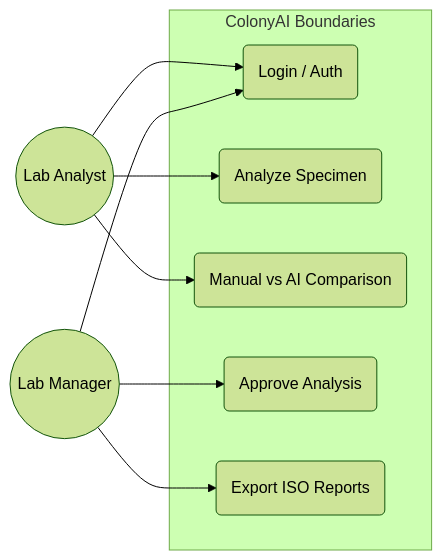
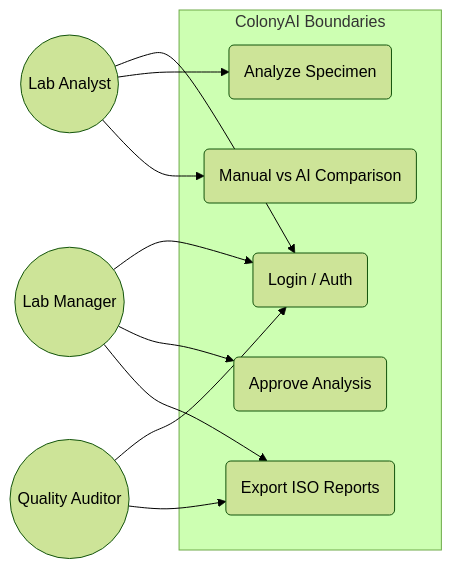
One commit to wi5nuu/colonyai changed the fourth of 8 diagrams in project-management/08-uml-architecture.md. Above: the diagram before and after it, drawn with Mermaid (forest theme). The commit also changed other lines of this file and 92 other files, not shown here.

````diff
--- a/project-management/08-uml-architecture.md
+++ b/project-management/08-uml-architecture.md
@@ -95,18 +96,21 @@
 ```mermaid
 graph LR
     subgraph "ColonyAI Boundaries"
         UC1(Login / Auth)
         UC2(Analyze Specimen)
         UC3(Manual vs AI Comparison)
         UC4(Approve Analysis)
         UC5(Export ISO Reports)
     end
 
     A((Lab Analyst)) --> UC1
     A --> UC2
     A --> UC3
     
     M((Lab Manager)) --> UC1
     M --> UC4
     M --> UC5
+
+    U((Quality Auditor)) --> UC1
+    U --> UC5
 ```
````
